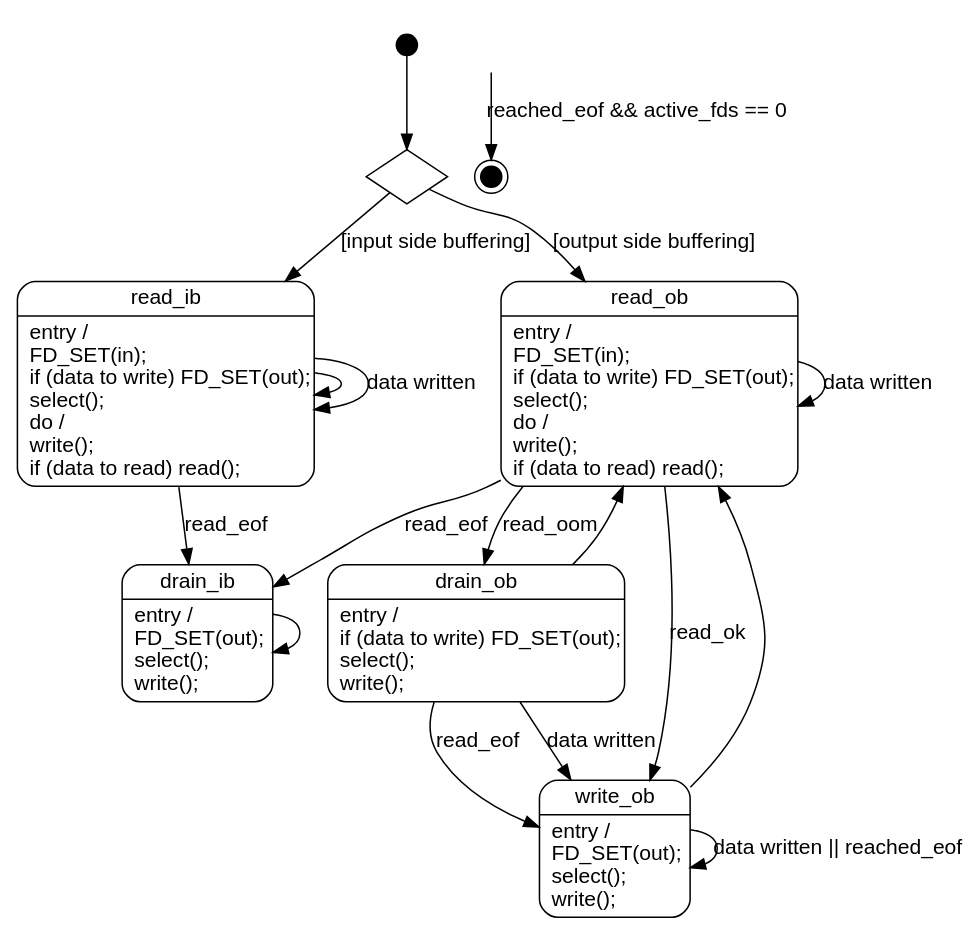
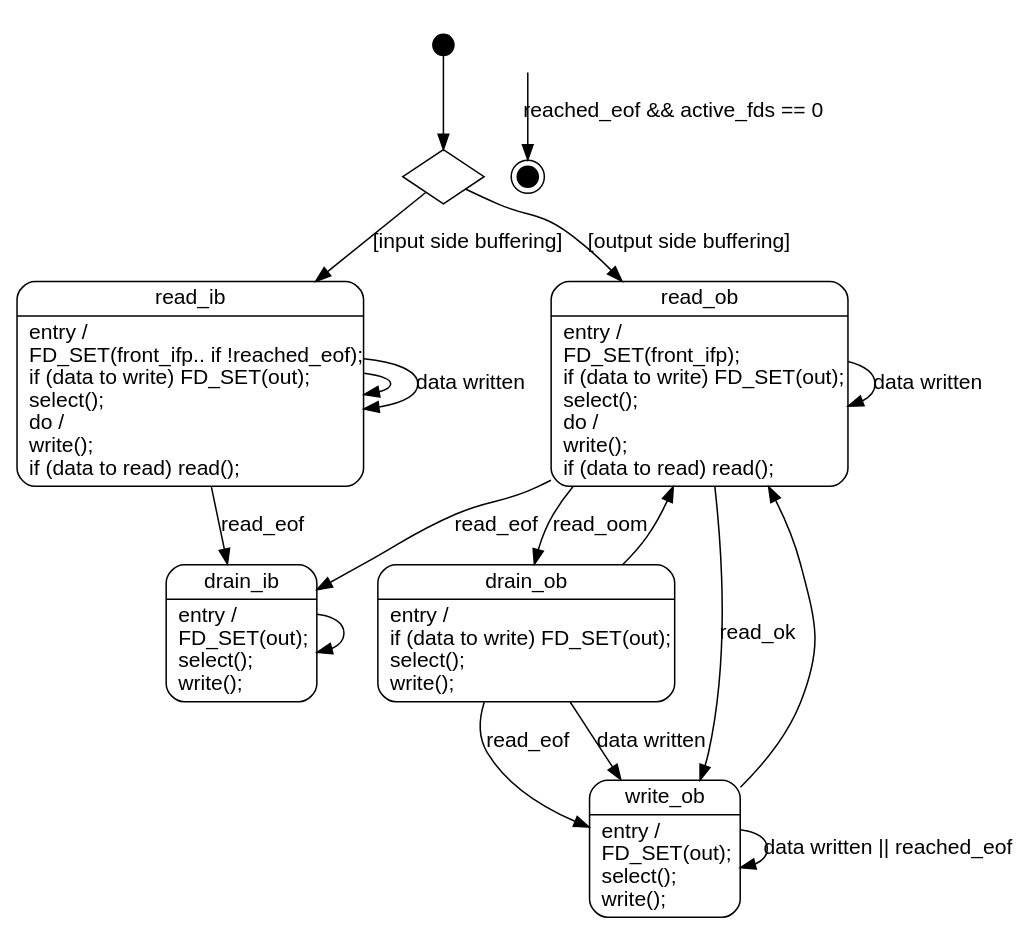
Before and after one commit to dspinellis/dgsh: the diagram in tee-state.dot, drawn with Graphviz. The commit also changed 4 other files, not shown here.

```diff
--- a/tee-state.dot
+++ b/tee-state.dot
@@ -1,38 +1,38 @@
 digraph teestate {
 	node [shape="record", style="rounded", fontname="Arial"];
 	edge [fontname="Arial"];
 
 	drain_ib [label="{drain_ib|entry /\lFD_SET(out);\lselect();\lwrite();\l}"];
 	drain_ob [label="{drain_ob|entry /\lif (data to write) FD_SET(out);\lselect();\lwrite();\l}"];
-	read_ib [label="{read_ib|entry /\lFD_SET(in);\lif (data to write) FD_SET(out);\lselect();\ldo /\lwrite();\lif (data to read) read();\l}"];
-	read_ob [label="{read_ob|entry /\lFD_SET(in);\lif (data to write) FD_SET(out);\lselect();\ldo /\lwrite();\lif (data to read) read();\l}"];
+	read_ib [label="{read_ib|entry /\lFD_SET(front_ifp.. if !reached_eof);\lif (data to write) FD_SET(out);\lselect();\ldo /\lwrite();\lif (data to read) read();\l}"];
+	read_ob [label="{read_ob|entry /\lFD_SET(front_ifp);\lif (data to write) FD_SET(out);\lselect();\ldo /\lwrite();\lif (data to read) read();\l}"];
 	write_ob [label="{write_ob|entry /\lFD_SET(out);\lselect();\lwrite();\l}"];
 
 	read_ob -> drain_ib [label="read_eof"];
 	read_ob -> write_ob [label="read_ok"];
 	read_ob -> drain_ob [label="read_oom"];
 	read_ob -> read_ob [label="data written"];
 
 	read_ib -> drain_ib [label="read_eof"];
 	read_ib -> read_ib [label=""];
 	read_ib -> read_ib [label="data written"];
 
 	drain_ib -> drain_ib [label=""];
 
 	write_ob -> read_ob [label=""];
 	write_ob -> write_ob [label="data written || reached_eof"];
 
 	drain_ob -> read_ob [label=""];
 	drain_ob -> write_ob [label="read_eof"];
 	drain_ob -> write_ob [label="data written"];
 
 	start [shape=circle,style=filled,label="",width=0.2,fillcolor=black,fixedsize=true];
 	bufftype [shape=diamond,label="",style=""];
 	start -> bufftype;
 	bufftype -> read_ib [label="[input side buffering]"];
 	bufftype -> read_ob [label="[output side buffering]"];
 
 	end [shape=doublecircle,style=filled,label="",width=0.2,fixedsize=true,fillcolor=black];
 	empty [style=invis,label=""];
 	empty -> end [label="reached_eof && active_fds == 0"];
 }
```
